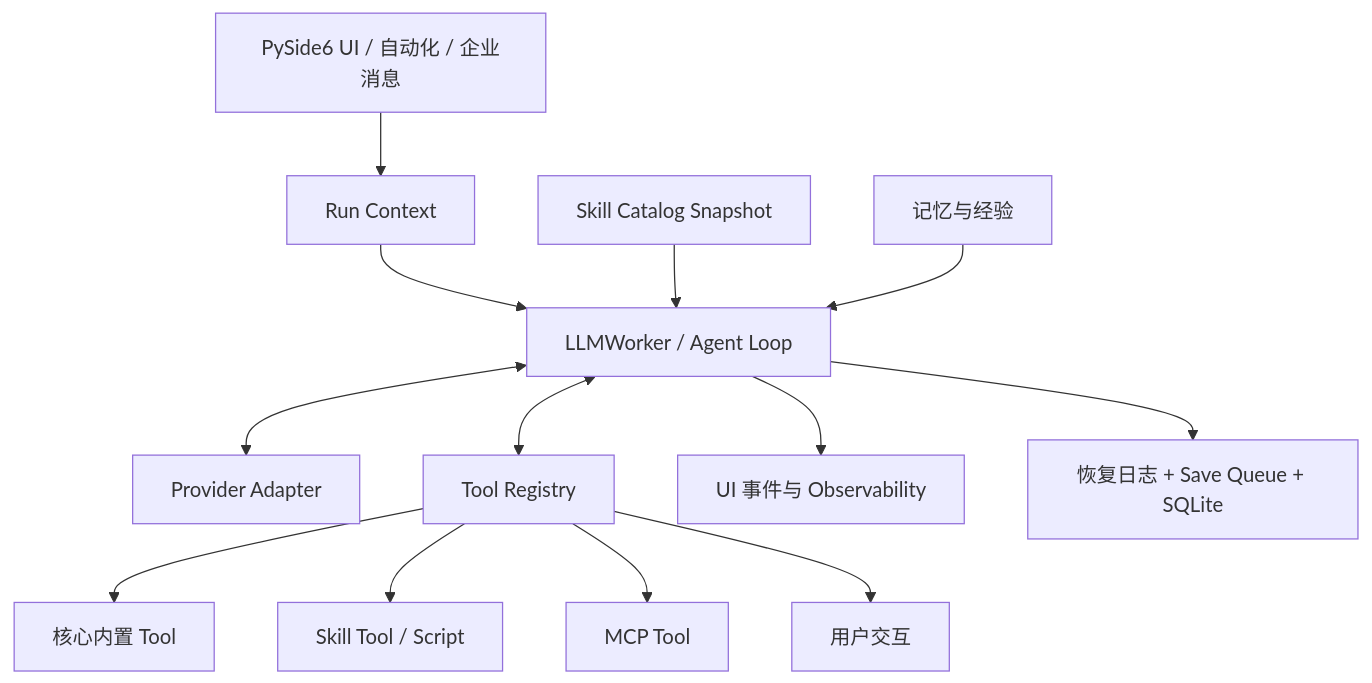
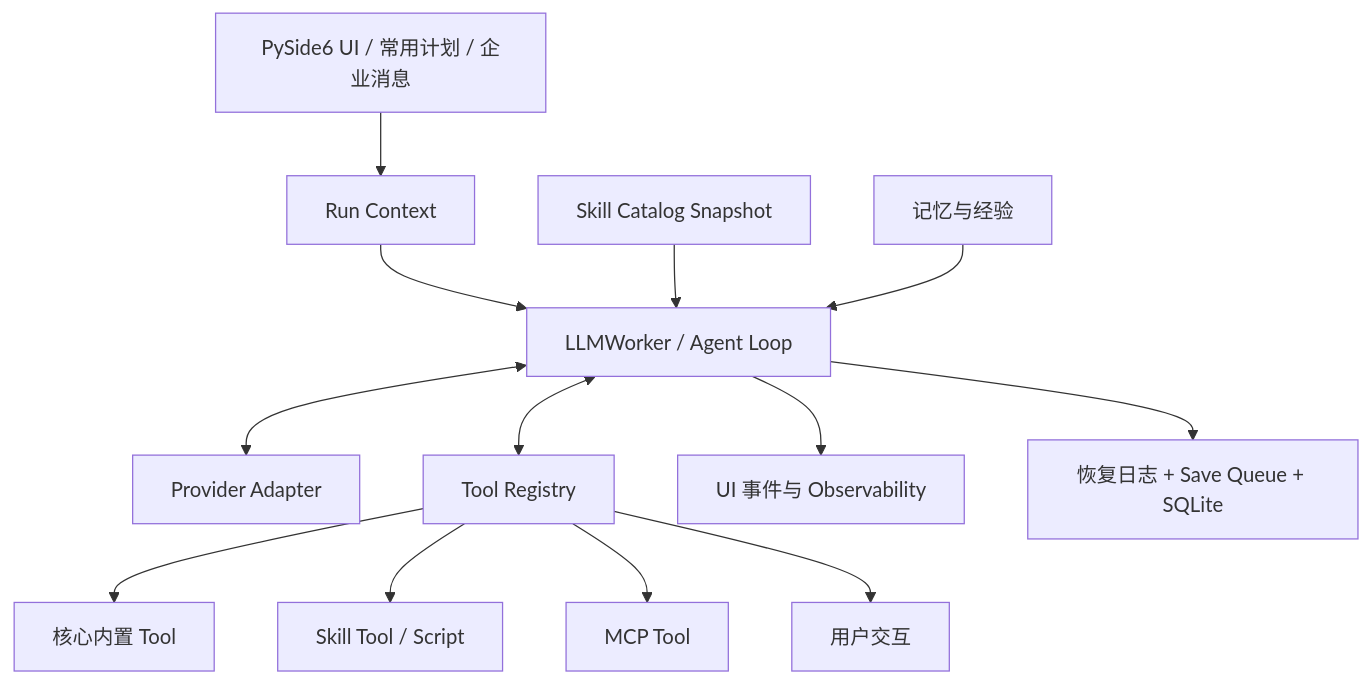
Before and after one commit to chuancyzhang/deepseek-cowork: the diagram in docs/technical-design.md, drawn with Mermaid. The commit also changed other lines of this file and 32 other files, not shown here.

````diff
--- a/docs/technical-design.md
+++ b/docs/technical-design.md
@@ -19,15 +19,15 @@
 ```mermaid
 flowchart TB
-    E["PySide6 UI / 自动化 / 企业消息"] --> RC["Run Context"]
+    E["PySide6 UI / 常用计划 / 企业消息"] --> RC["Run Context"]
     RC --> W["LLMWorker / Agent Loop"]
     CAT["Skill Catalog Snapshot"] --> W
     MEM["记忆与经验"] --> W
     W <--> P["Provider Adapter"]
     W <--> TR["Tool Registry"]
     TR --> BI["核心内置 Tool"]
     TR --> SK["Skill Tool / Script"]
     TR --> MCP["MCP Tool"]
     TR --> UX["用户交互"]
     W --> OBS["UI 事件与 Observability"]
     W --> SAVE["恢复日志 + Save Queue + SQLite"]
 ```
````
